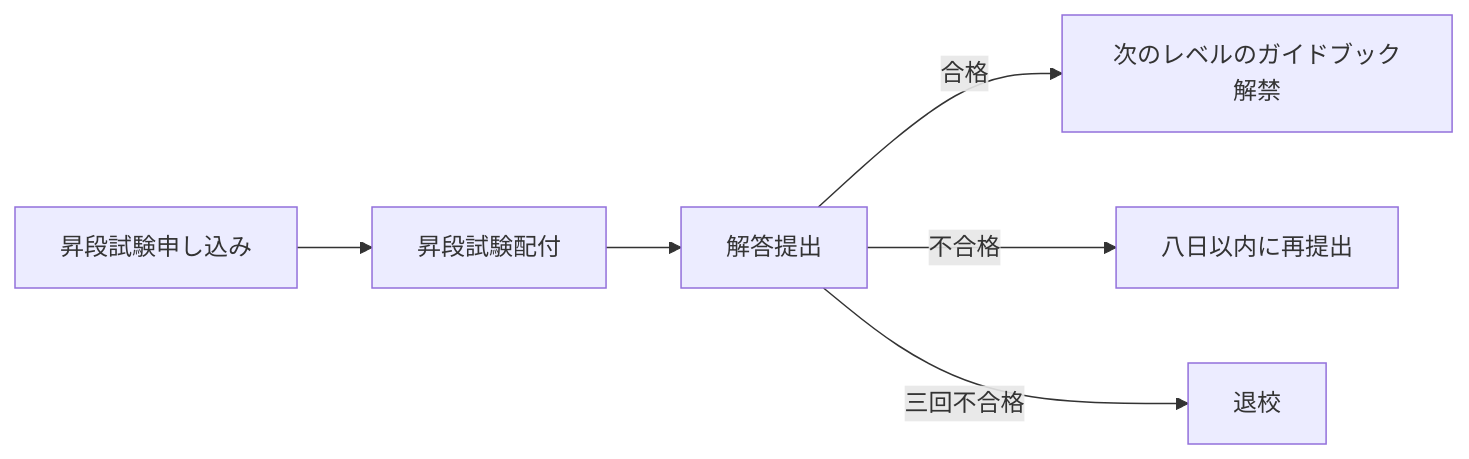
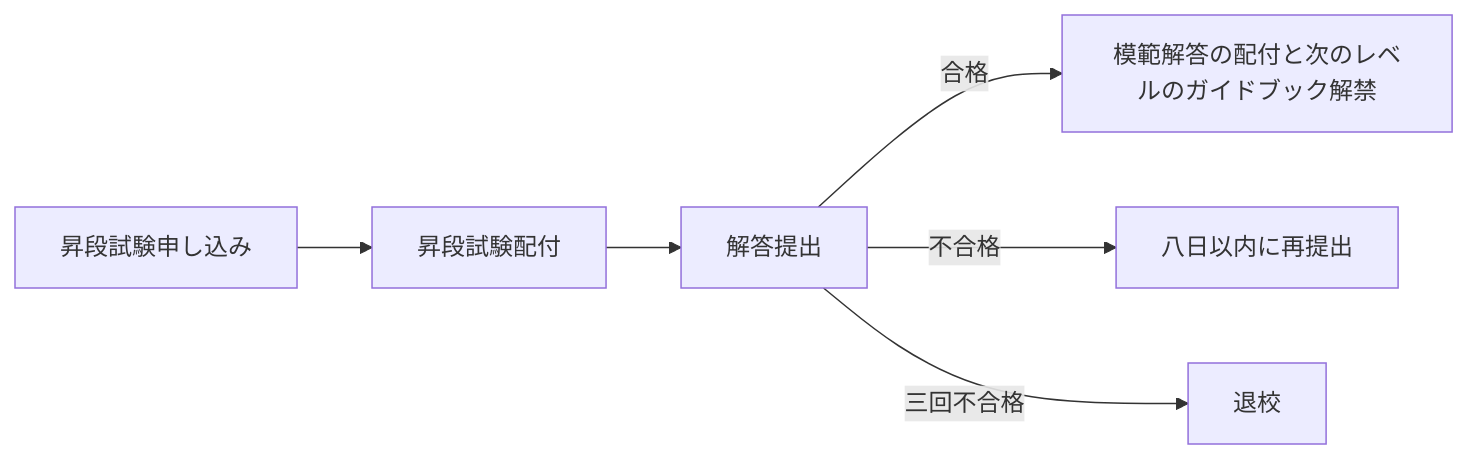
Before and after one commit to AaronMaywood/WebCoding_Sidebook: the first of 2 diagrams in book/ux.md, drawn with Mermaid. The commit also changed other lines of this file and 46 other files, not shown here.

````diff
--- a/book/ux.md
+++ b/book/ux.md
@@ -69,8 +78,8 @@
 	```{mermaid}
 	flowchart LR
 		昇段試験申し込み --> 昇段試験配付 
 		昇段試験配付 --> 解答提出
-		解答提出 -- 合格 --> 次のレベルのガイドブック解禁
+		解答提出 -- 合格 --> 模範解答の配付と次のレベルのガイドブック解禁
 		解答提出 -- 不合格 --> 八日以内に再提出
 		解答提出 -- 三回不合格 --> 退校
 	```
````
